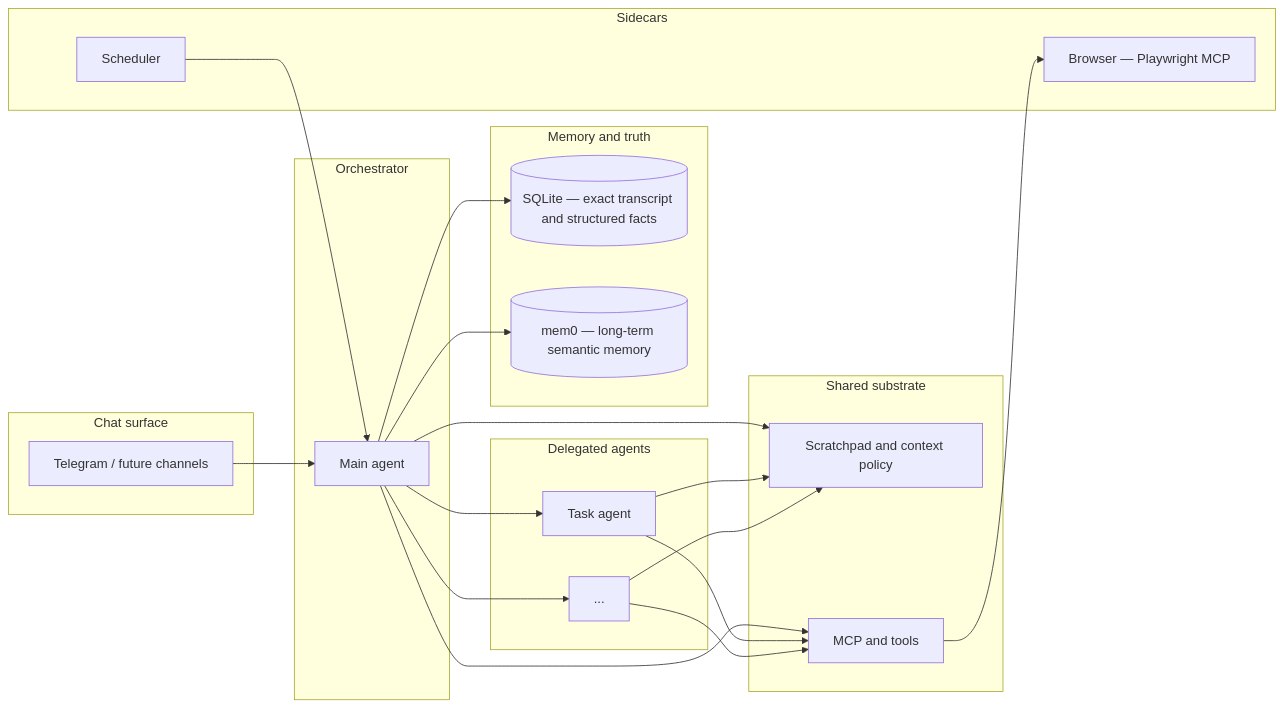
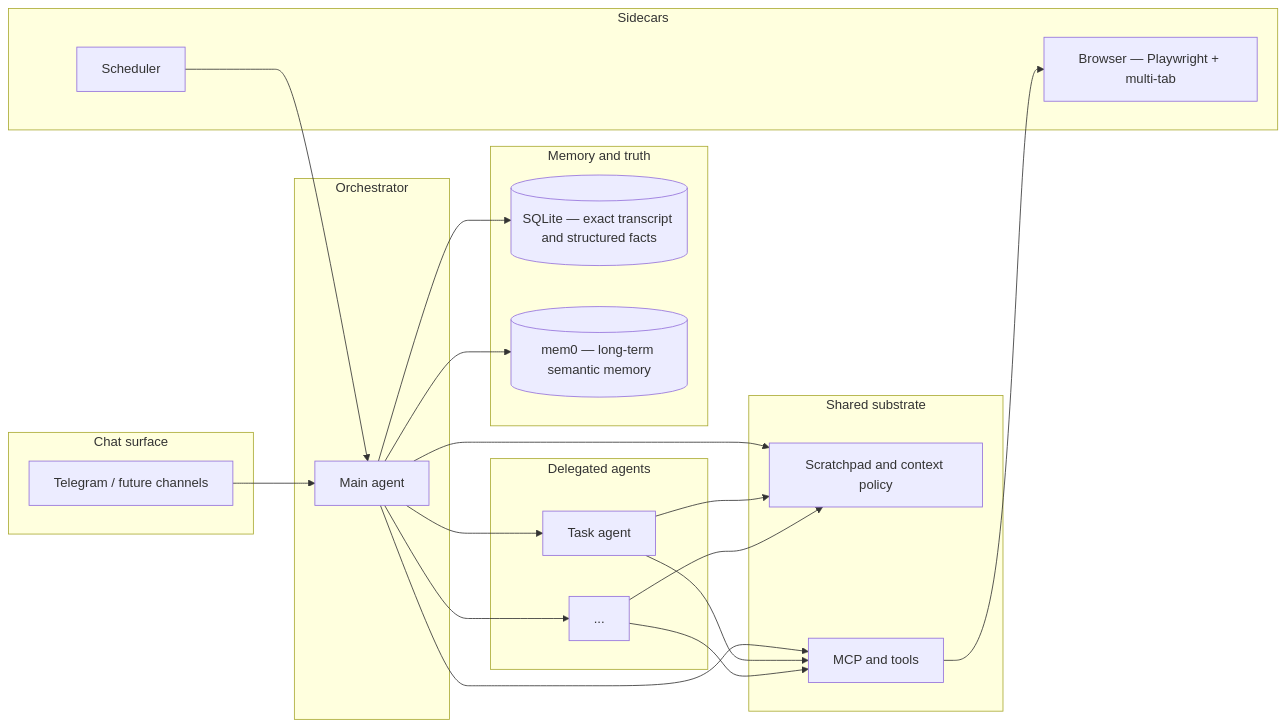
The first of 2 diagrams in ARCHITECTURE.md (peara/nanobot), drawn with Mermaid before and after one commit. The commit also changed other lines of this file and 3 other files, not shown here.

First line of the commit message:
docs: update AGENTS.md, ARCHITECTURE.md, FLOW.md, README.md

````diff
--- a/ARCHITECTURE.md
+++ b/ARCHITECTURE.md
@@ -19,44 +19,44 @@
 ```mermaid
 flowchart LR
     subgraph chat["Chat surface"]
         TG[Telegram / future channels]
     end
 
     subgraph core["Orchestrator"]
         O[Main agent]
     end
 
     subgraph workers["Delegated agents"]
         W1[Task agent]
         W2[...]
     end
 
     subgraph substrate["Shared substrate"]
         SP[Scratchpad and context policy]
         MCP[MCP and tools]
     end
 
     subgraph data["Memory and truth"]
         SQL[(SQLite — exact transcript and structured facts)]
         M0[(mem0 — long-term semantic memory)]
     end
 
     subgraph sidecar["Sidecars"]
         SCH[Scheduler]
-        BR[Browser — Playwright MCP]
+        BR[Browser — Playwright + multi-tab]
     end
 
     TG --> O
     O --> W1
     O --> W2
     O --> SP
     W1 --> SP
     W2 --> SP
     O --> MCP
     W1 --> MCP
     W2 --> MCP
     MCP --> BR
     O --> SQL
     O --> M0
     SCH --> O
 ```
````
